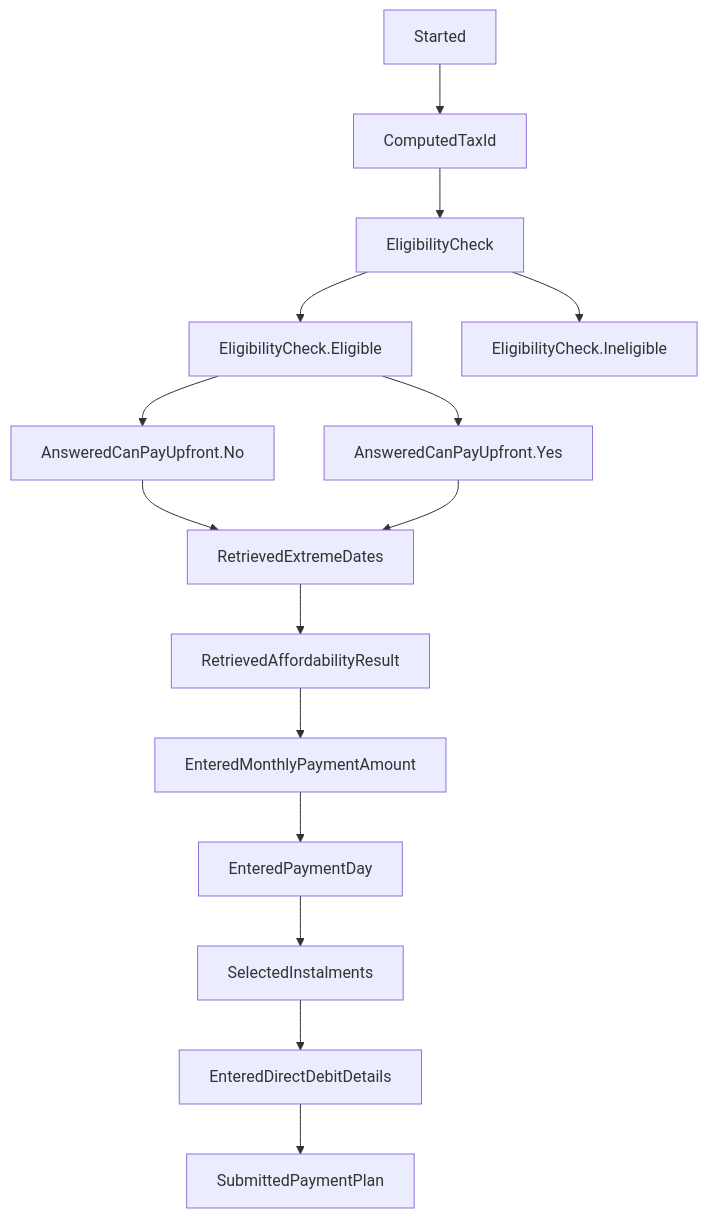
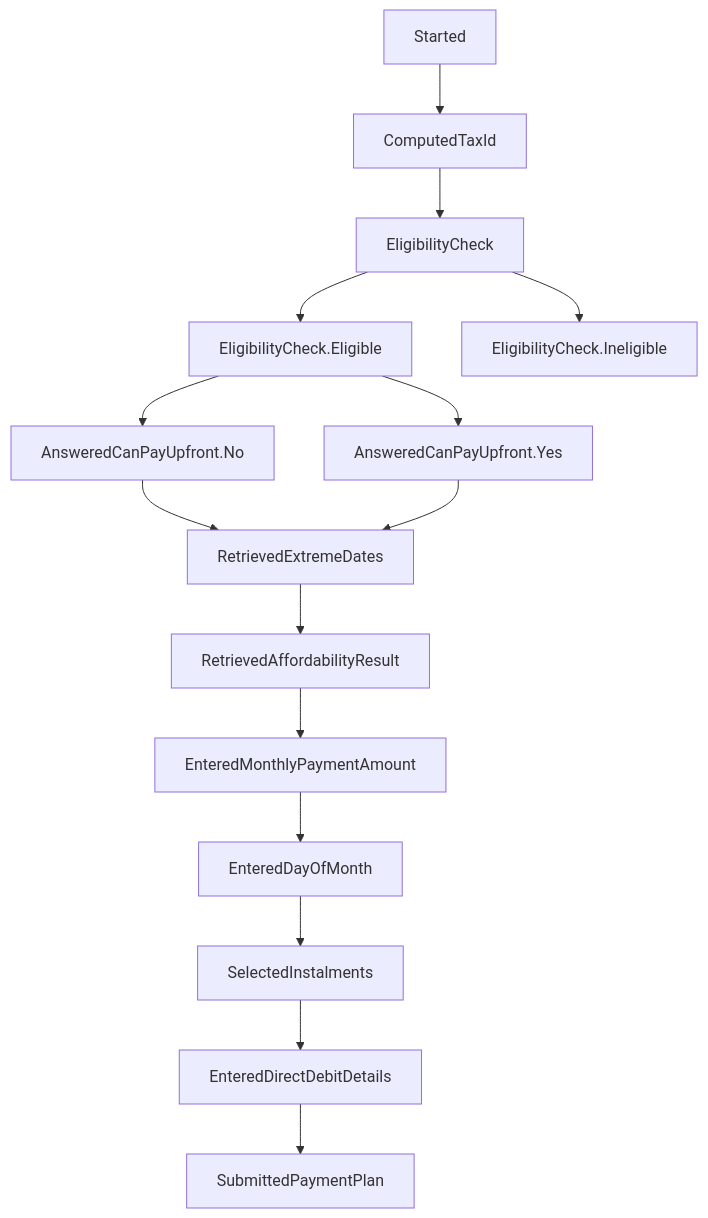
One commit to hmrc/essttp-backend changed the diagram in README.md. Above: the diagram before and after it, drawn with Mermaid. The commit also changed 59 other files, not shown here.

Commit message:
[JB][SUPP-154] add DayOfMonth stage (#30)

````diff
--- a/README.md
+++ b/README.md
@@ -16,17 +16,17 @@
 ```mermaid
 graph TD;
     Started --> ComputedTaxId;
     ComputedTaxId --> EligibilityCheck;
     EligibilityCheck --> EligibilityCheck.Eligible;
     EligibilityCheck --> EligibilityCheck.Ineligible;
     EligibilityCheck.Eligible --> AnsweredCanPayUpfront.Yes;
     EligibilityCheck.Eligible --> AnsweredCanPayUpfront.No;
     AnsweredCanPayUpfront.No --> RetrievedExtremeDates;
     AnsweredCanPayUpfront.Yes --> RetrievedExtremeDates;
     RetrievedExtremeDates --> RetrievedAffordabilityResult;
     RetrievedAffordabilityResult --> EnteredMonthlyPaymentAmount;
-    EnteredMonthlyPaymentAmount --> EnteredPaymentDay;
-    EnteredPaymentDay --> SelectedInstalments;
+    EnteredMonthlyPaymentAmount --> EnteredDayOfMonth;
+    EnteredDayOfMonth --> SelectedInstalments;
     SelectedInstalments --> EnteredDirectDebitDetails;
     EnteredDirectDebitDetails --> SubmittedPaymentPlan;
 ```
````
